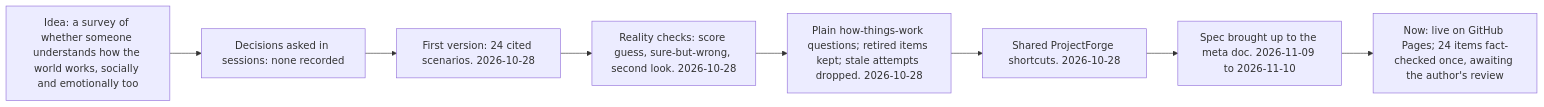
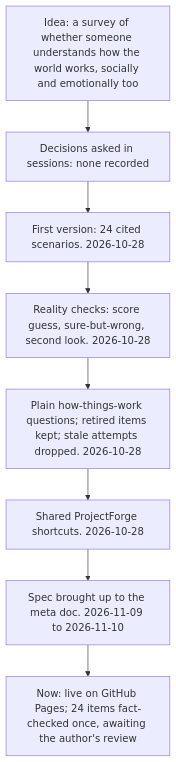
One commit to amalmehta/DoYouUnderstandHowTheWorldWorks changed the first of 3 diagrams in docs/HOW-IT-WAS-BUILT.md. Above: the diagram before and after it, drawn with Mermaid.

Commit message:
Draw the build history top to bottom so it stays readable

````diff
--- a/docs/HOW-IT-WAS-BUILT.md
+++ b/docs/HOW-IT-WAS-BUILT.md
@@ -8,12 +8,12 @@
 ```mermaid
-flowchart LR
+flowchart TD
   Idea["Idea: a survey of whether someone understands how the world works, socially and emotionally too"]
   Dec["Decisions asked in sessions: none recorded"]
   M1["First version: 24 cited scenarios. 2026-10-28"]
   M2["Reality checks: score guess, sure-but-wrong, second look. 2026-10-28"]
   M3["Plain how-things-work questions; retired items kept; stale attempts dropped. 2026-10-28"]
   M4["Shared ProjectForge shortcuts. 2026-10-28"]
   M5["Spec brought up to the meta doc. 2026-11-09 to 2026-11-10"]
   Now["Now: live on GitHub Pages; 24 items fact-checked once, awaiting the author's review"]
   Idea --> Dec --> M1 --> M2 --> M3 --> M4 --> M5 --> Now
 ```
````
